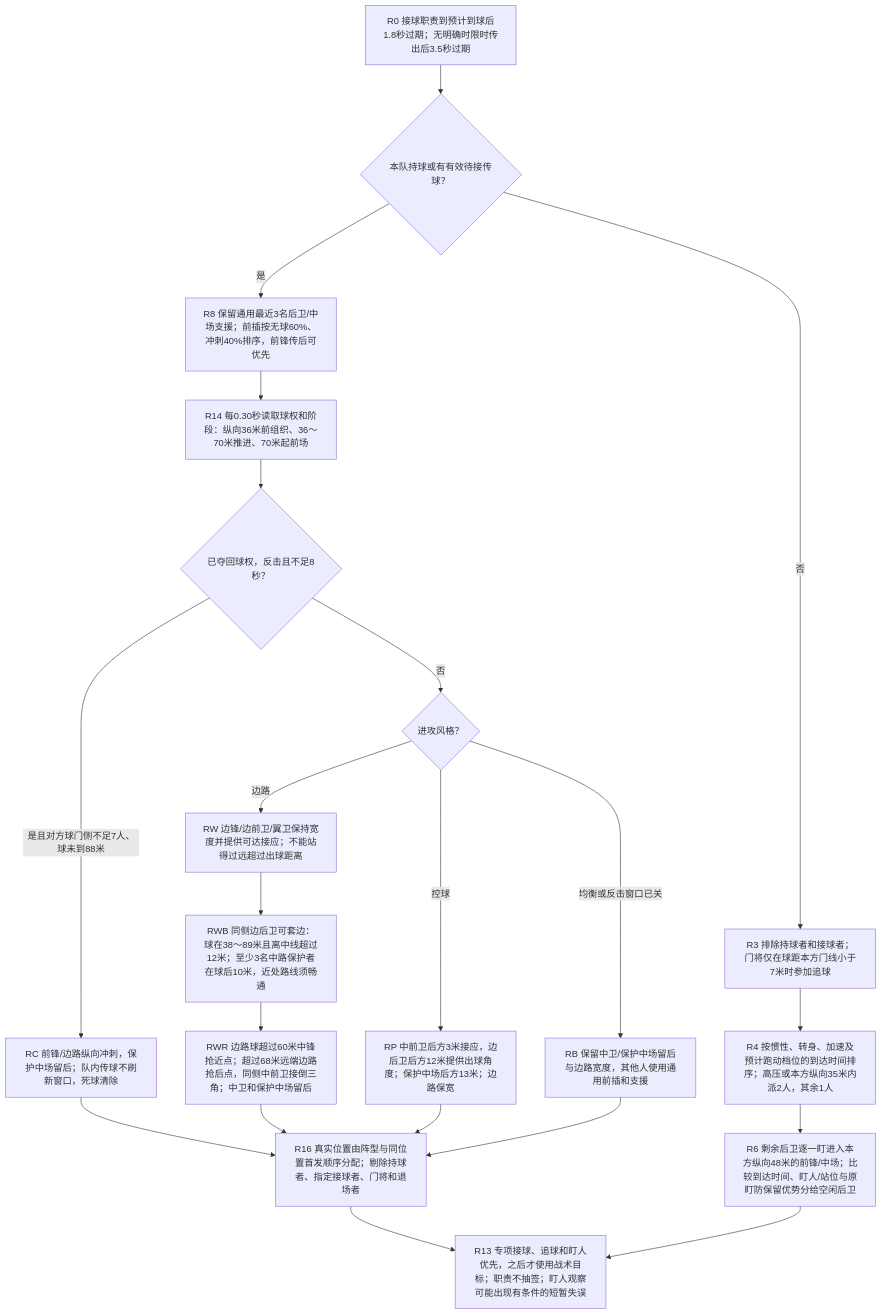
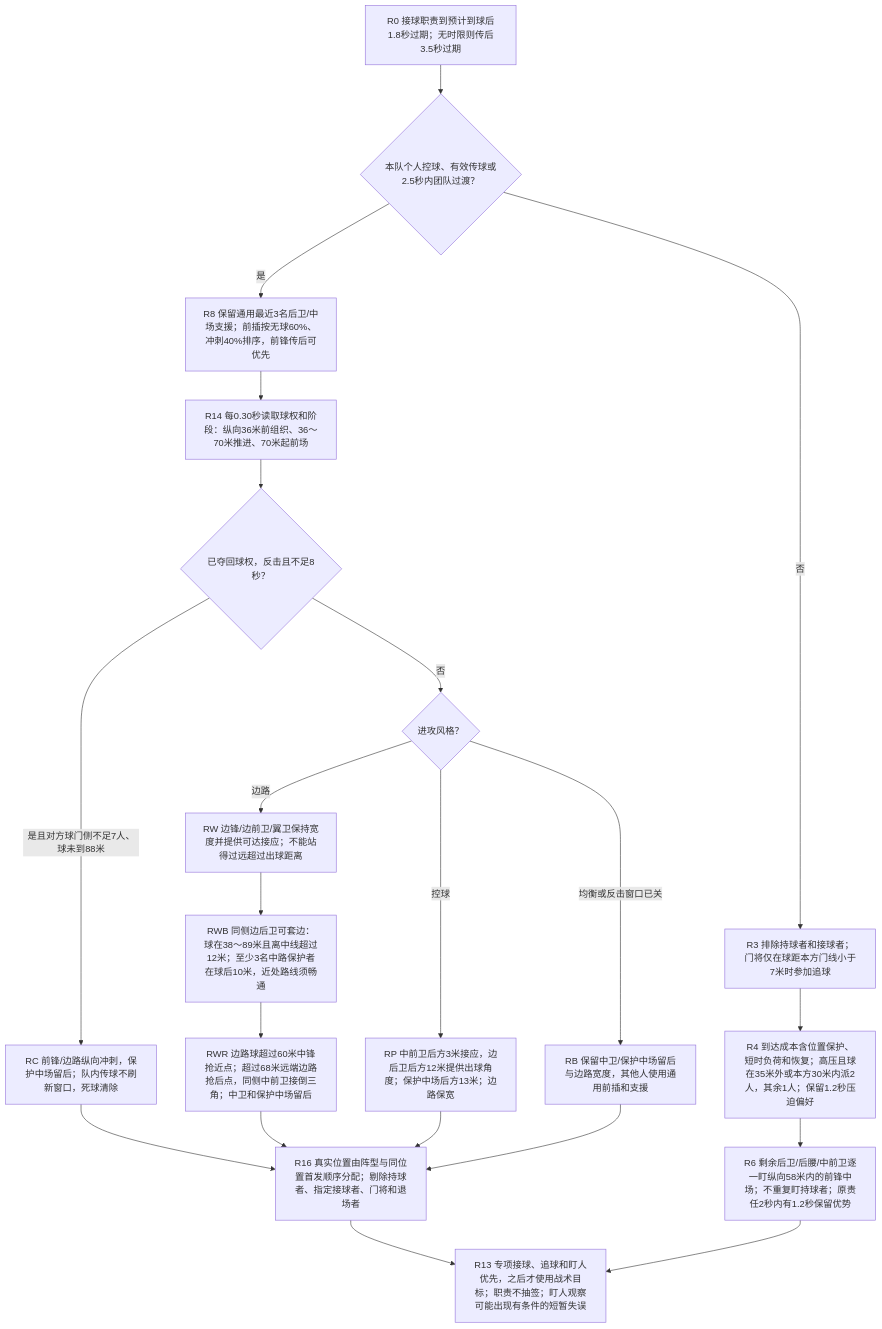
The second of 7 diagrams in packages/shared/modules/matches/design/PLAYER_DECISION_MAP.md (sixu3575/touchline-manager), drawn with Mermaid before and after one commit. The commit also changed other lines of this file and 39 other files, not shown here.

````diff
--- a/packages/shared/modules/matches/design/PLAYER_DECISION_MAP.md
+++ b/packages/shared/modules/matches/design/PLAYER_DECISION_MAP.md
@@ -65,23 +65,23 @@
 ```mermaid
 flowchart TD
-  R0["R0 接球职责到预计到球后1.8秒过期；无明确时限时传出后3.5秒过期"] --> R1{"本队持球或有有效待接传球？"}
+  R0["R0 接球职责到预计到球后1.8秒过期；无时限则传后3.5秒过期"] --> R1{"本队个人控球、有效传球或2.5秒内团队过渡？"}
   R1 -->|否| R3["R3 排除持球者和接球者；门将仅在球距本方门线小于7米时参加追球"]
-  R3 --> R4["R4 按惯性、转身、加速及预计跑动档位的到达时间排序；高压或本方纵向35米内派2人，其余1人"]
-  R4 --> R6["R6 剩余后卫逐一盯进入本方纵向48米的前锋/中场；比较到达时间、盯人/站位与原盯防保留优势分给空闲后卫"]
+  R3 --> R4["R4 到达成本含位置保护、短时负荷和恢复；高压且球在35米外或本方30米内派2人，其余1人；保留1.2秒压迫偏好"]
+  R4 --> R6["R6 剩余后卫/后腰/中前卫逐一盯纵向58米内的前锋中场；不重复盯持球者；原责任2秒内有1.2秒保留优势"]
   R1 -->|是| R8["R8 保留通用最近3名后卫/中场支援；前插按无球60%、冲刺40%排序，前锋传后可优先"]
   R8 --> R14["R14 每0.30秒读取球权和阶段：纵向36米前组织、36～70米推进、70米起前场"]
   R14 --> R15{"已夺回球权，反击且不足8秒？"}
   R15 -->|是且对方球门侧不足7人、球未到88米| RC["RC 前锋/边路纵向冲刺，保护中场留后；队内传球不刷新窗口，死球清除"]
   R15 -->|否| RS{"进攻风格？"}
   RS -->|边路| RW["RW 边锋/边前卫/翼卫保持宽度并提供可达接应；不能站得过远超过出球距离"]
   RW --> RWB["RWB 同侧边后卫可套边：球在38～89米且离中线超过12米；至少3名中路保护者在球后10米，近处路线须畅通"]
   RWB --> RWR["RWR 边路球超过60米中锋抢近点；超过68米远端边路抢后点，同侧中前卫接倒三角；中卫和保护中场留后"]
   RS -->|控球| RP["RP 中前卫后方3米接应，边后卫后方12米提供出球角度；保护中场后方13米；边路保宽"]
   RS -->|均衡或反击窗口已关| RB["RB 保留中卫/保护中场留后与边路宽度，其他人使用通用前插和支援"]
   RC --> R16["R16 真实位置由阵型与同位置首发顺序分配；剔除持球者、指定接球者、门将和退场者"]
   RWR --> R16
   RP --> R16
   RB --> R16
   R16 --> R13["R13 专项接球、追球和盯人优先，之后才使用战术目标；职责不抽签；盯人观察可能出现有条件的短暂失误"]
   R6 --> R13
 ```
````
